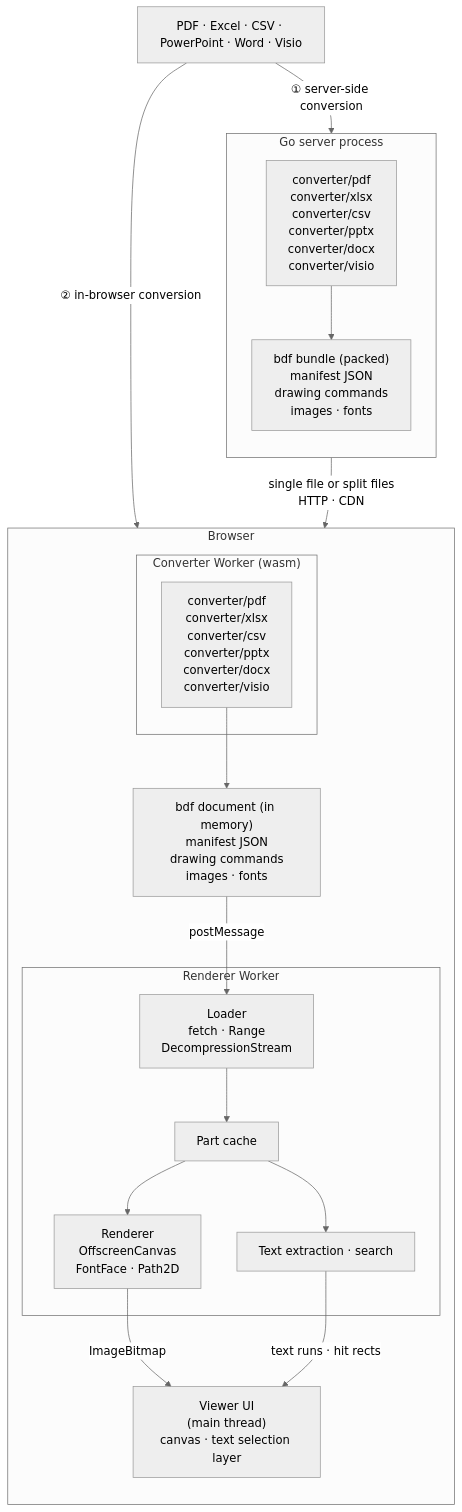
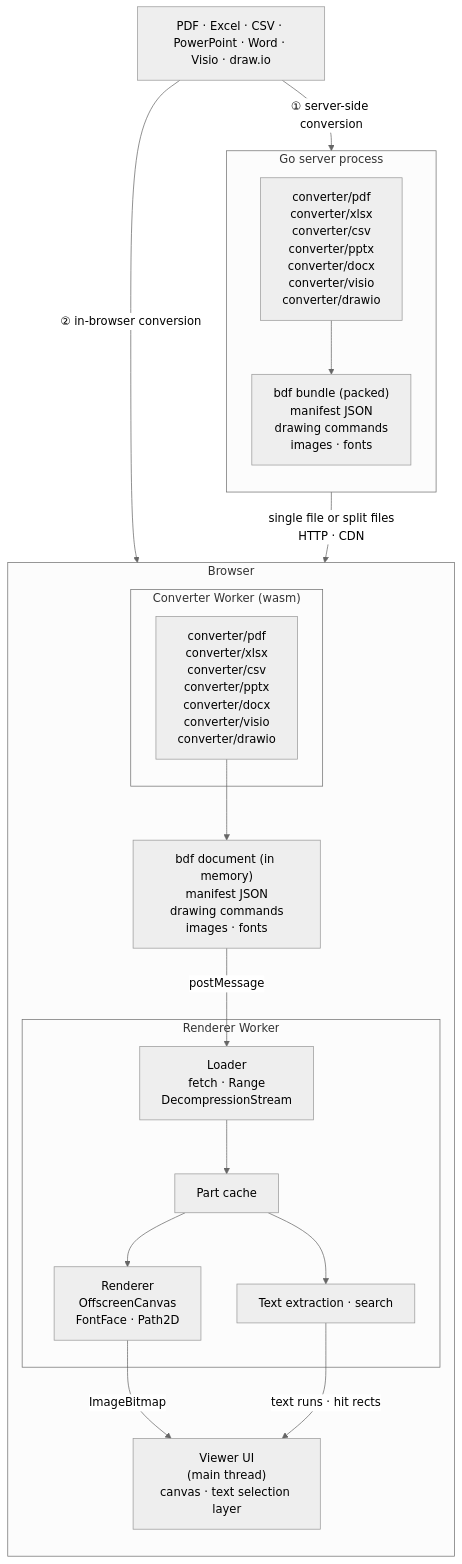
The diagram in README.md (shibukawa/bdf), drawn with Mermaid (neutral theme) before and after one commit. The commit also changed other lines of this file and 242 other files, not shown here.

First line of the commit message:
draw.io converter, with pages switched like sheets in the viewer (#16)

````diff
--- a/README.md
+++ b/README.md
@@ -13,37 +13,37 @@
 ```mermaid
 flowchart TB
-    SRC["PDF · Excel · CSV · PowerPoint · Word · Visio"]
+    SRC["PDF · Excel · CSV · PowerPoint · Word · Visio · draw.io"]
 
     subgraph SERVER["Go server process"]
         direction TB
-        SCONV["converter/pdf<br/>converter/xlsx<br/>converter/csv<br/>converter/pptx<br/>converter/docx<br/>converter/visio"]
+        SCONV["converter/pdf<br/>converter/xlsx<br/>converter/csv<br/>converter/pptx<br/>converter/docx<br/>converter/visio<br/>converter/drawio"]
         BUNDLE["bdf bundle (packed)<br/>manifest JSON<br/>drawing commands<br/>images · fonts"]
         SCONV --> BUNDLE
     end
 
     subgraph BROWSER["Browser"]
         direction TB
         subgraph CWORKER["Converter Worker (wasm)"]
-            WCONV["converter/pdf<br/>converter/xlsx<br/>converter/csv<br/>converter/pptx<br/>converter/docx<br/>converter/visio"]
+            WCONV["converter/pdf<br/>converter/xlsx<br/>converter/csv<br/>converter/pptx<br/>converter/docx<br/>converter/visio<br/>converter/drawio"]
         end
         PARTS["bdf document (in memory)<br/>manifest JSON<br/>drawing commands<br/>images · fonts"]
         subgraph RWORKER["Renderer Worker"]
             LOADER["Loader<br/>fetch · Range<br/>DecompressionStream"]
             STORE["Part cache"]
             RENDER["Renderer<br/>OffscreenCanvas<br/>FontFace · Path2D"]
             TEXT["Text extraction · search"]
             LOADER --> STORE
             STORE --> RENDER
             STORE --> TEXT
         end
         UI["Viewer UI<br/>(main thread)<br/>canvas · text selection layer"]
         WCONV --> PARTS
     end
 
     SRC -- "① server-side conversion" --> SCONV
     SRC -- "② in-browser conversion" --> WCONV
     BUNDLE -- "single file or split files<br/>HTTP · CDN" --> LOADER
     PARTS -- "postMessage" --> LOADER
     RENDER -- "ImageBitmap" --> UI
     TEXT -- "text runs · hit rects" --> UI
 ```
````
